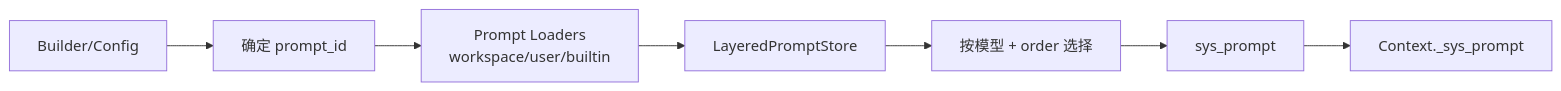
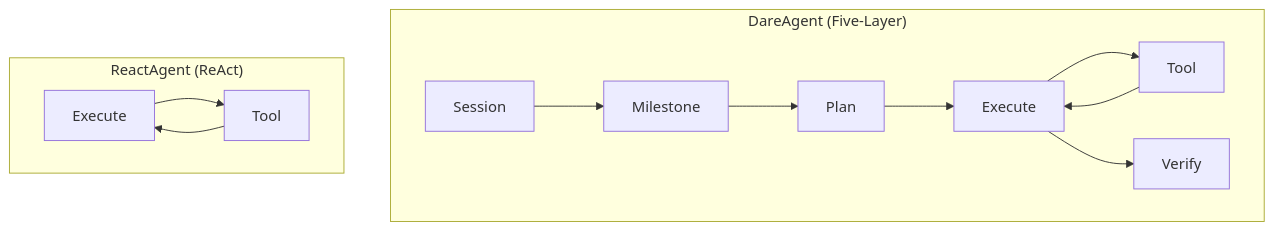
The second of 5 diagrams in docs/design/DARE_Formal_Design.md (clowder-labs/Deterministic-Agent-Runtime-Engine), drawn with Mermaid before and after one commit. The commit also changed other lines of this file and 3 other files, not shown here.

````diff
--- a/docs/design/DARE_Formal_Design.md
+++ b/docs/design/DARE_Formal_Design.md
@@ -153,9 +143,16 @@
 ```mermaid
-flowchart LR
-  Input["Builder/Config"] --> Resolve["确定 prompt_id"]
-  Resolve --> Loaders["Prompt Loaders\nworkspace/user/builtin"]
-  Loaders --> Store["LayeredPromptStore"]
-  Store --> Select["按模型 + order 选择"]
-  Select --> SysPrompt["sys_prompt"]
-  SysPrompt --> Context["Context._sys_prompt"]
+flowchart TB
+  subgraph DareAgent["DareAgent (Five-Layer)"]
+    S["Session"] --> M["Milestone"]
+    M --> P["Plan"]
+    P --> E["Execute"]
+    E --> T["Tool"]
+    T --> E
+    E --> V["Verify"]
+  end
+
+  subgraph ReactAgent["ReactAgent (ReAct)"]
+    E2["Execute"] --> T2["Tool"]
+    T2 --> E2
+  end
 ```
````
